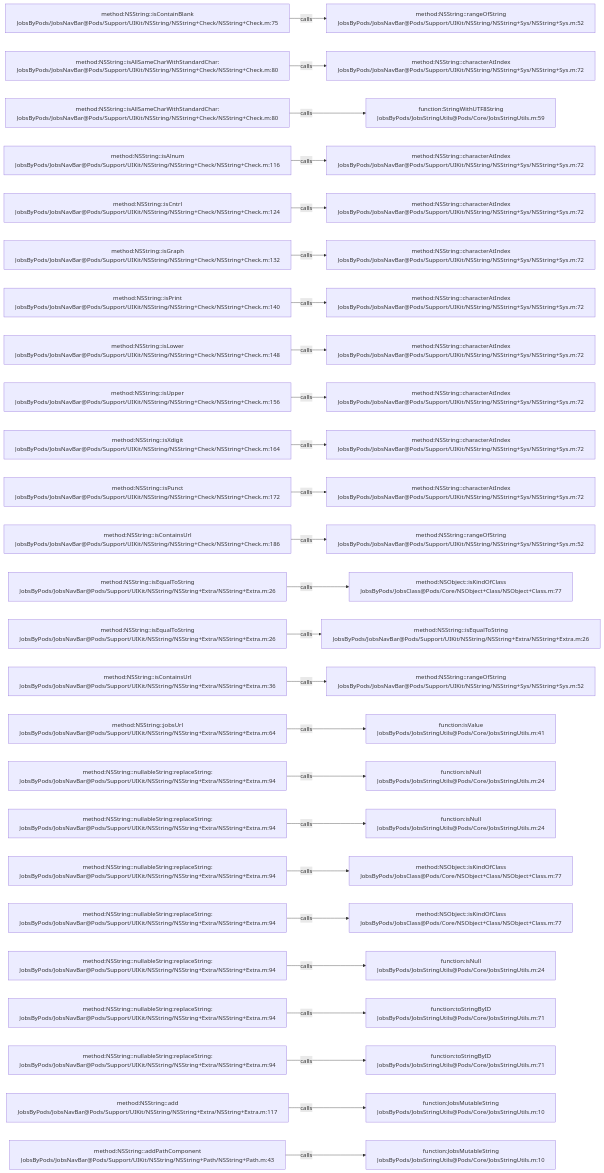
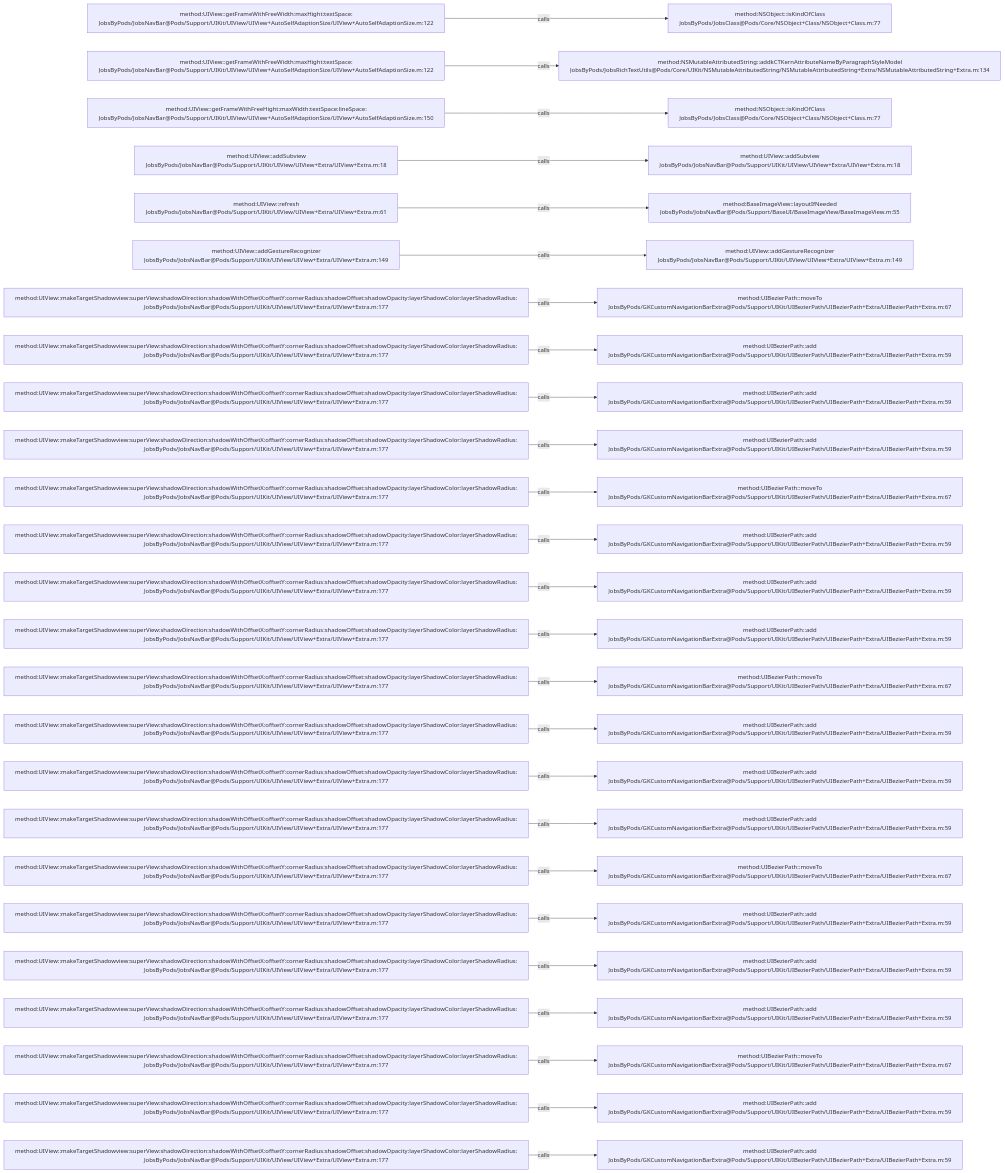
The diagram in .codegraph/codegraph.md/graphs/calls-119.md (JobsKits/JobsOCBaseConfigDemo), drawn with Mermaid before and after one commit. The commit also changed 639 other files, not shown here.

````diff
--- a/.codegraph/codegraph.md/graphs/calls-119.md
+++ b/.codegraph/codegraph.md/graphs/calls-119.md
@@ -13,78 +13,78 @@
 ```mermaid
 flowchart LR
-  S1["method:NSString::isContainBlank<br/>JobsByPods/JobsNavBar@Pods/Support/UIKit/NSString/NSString+Check/NSString+Check.m:75"]
-  T1["method:NSString::rangeOfString<br/>JobsByPods/JobsNavBar@Pods/Support/UIKit/NSString/NSString+Sys/NSString+Sys.m:52"]
+  S1["method:UIView::getFrameWithFreeWidth:maxHight:textSpace:<br/>JobsByPods/JobsNavBar@Pods/Support/UIKit/UIView/UIView+AutoSelfAdaptionSize/UIView+AutoSelfAdaptionSize.m:122"]
+  T1["method:NSObject::isKindOfClass<br/>JobsByPods/JobsClass@Pods/Core/NSObject+Class/NSObject+Class.m:77"]
   S1 -->|calls| T1
-  S2["method:NSString::isAllSameCharWithStandardChar:<br/>JobsByPods/JobsNavBar@Pods/Support/UIKit/NSString/NSString+Check/NSString+Check.m:80"]
-  T2["method:NSString::characterAtIndex<br/>JobsByPods/JobsNavBar@Pods/Support/UIKit/NSString/NSString+Sys/NSString+Sys.m:72"]
+  S2["method:UIView::getFrameWithFreeWidth:maxHight:textSpace:<br/>JobsByPods/JobsNavBar@Pods/Support/UIKit/UIView/UIView+AutoSelfAdaptionSize/UIView+AutoSelfAdaptionSize.m:122"]
+  T2["method:NSMutableAttributedString::addkCTKernAttributeNameByParagraphStyleModel<br/>JobsByPods/JobsRichTextUtils@Pods/Core/UIKit/NSMutableAttributedString/NSMutableAttributedString+Extra/NSMutableAttributedString+Extra.m:134"]
   S2 -->|calls| T2
-  S3["method:NSString::isAllSameCharWithStandardChar:<br/>JobsByPods/JobsNavBar@Pods/Support/UIKit/NSString/NSString+Check/NSString+Check.m:80"]
-  T3["function:StringWithUTF8String<br/>JobsByPods/JobsStringUtils@Pods/Core/JobsStringUtils.m:59"]
+  S3["method:UIView::getFrameWithFreeHight:maxWidth:textSpace:lineSpace:<br/>JobsByPods/JobsNavBar@Pods/Support/UIKit/UIView/UIView+AutoSelfAdaptionSize/UIView+AutoSelfAdaptionSize.m:150"]
+  T3["method:NSObject::isKindOfClass<br/>JobsByPods/JobsClass@Pods/Core/NSObject+Class/NSObject+Class.m:77"]
   S3 -->|calls| T3
-  S4["method:NSString::isAlnum<br/>JobsByPods/JobsNavBar@Pods/Support/UIKit/NSString/NSString+Check/NSString+Check.m:116"]
-  T4["method:NSString::characterAtIndex<br/>JobsByPods/JobsNavBar@Pods/Support/UIKit/NSString/NSString+Sys/NSString+Sys.m:72"]
+  S4["method:UIView::addSubview<br/>JobsByPods/JobsNavBar@Pods/Support/UIKit/UIView/UIView+Extra/UIView+Extra.m:18"]
+  T4["method:UIView::addSubview<br/>JobsByPods/JobsNavBar@Pods/Support/UIKit/UIView/UIView+Extra/UIView+Extra.m:18"]
   S4 -->|calls| T4
-  S5["method:NSString::isCntrl<br/>JobsByPods/JobsNavBar@Pods/Support/UIKit/NSString/NSString+Check/NSString+Check.m:124"]
-  T5["method:NSString::characterAtIndex<br/>JobsByPods/JobsNavBar@Pods/Support/UIKit/NSString/NSString+Sys/NSString+Sys.m:72"]
+  S5["method:UIView::refresh<br/>JobsByPods/JobsNavBar@Pods/Support/UIKit/UIView/UIView+Extra/UIView+Extra.m:61"]
+  T5["method:BaseImageView::layoutIfNeeded<br/>JobsByPods/JobsNavBar@Pods/Support/BaseUI/BaseImageView/BaseImageView.m:55"]
   S5 -->|calls| T5
-  S6["method:NSString::isGraph<br/>JobsByPods/JobsNavBar@Pods/Support/UIKit/NSString/NSString+Check/NSString+Check.m:132"]
-  T6["method:NSString::characterAtIndex<br/>JobsByPods/JobsNavBar@Pods/Support/UIKit/NSString/NSString+Sys/NSString+Sys.m:72"]
+  S6["method:UIView::addGestureRecognizer<br/>JobsByPods/JobsNavBar@Pods/Support/UIKit/UIView/UIView+Extra/UIView+Extra.m:149"]
+  T6["method:UIView::addGestureRecognizer<br/>JobsByPods/JobsNavBar@Pods/Support/UIKit/UIView/UIView+Extra/UIView+Extra.m:149"]
   S6 -->|calls| T6
-  S7["method:NSString::isPrint<br/>JobsByPods/JobsNavBar@Pods/Support/UIKit/NSString/NSString+Check/NSString+Check.m:140"]
-  T7["method:NSString::characterAtIndex<br/>JobsByPods/JobsNavBar@Pods/Support/UIKit/NSString/NSString+Sys/NSString+Sys.m:72"]
+  S7["method:UIView::makeTargetShadowview:superView:shadowDirection:shadowWithOffsetX:offsetY:cornerRadius:shadowOffset:shadowOpacity:layerShadowColor:layerShadowRadius:<br/>JobsByPods/JobsNavBar@Pods/Support/UIKit/UIView/UIView+Extra/UIView+Extra.m:177"]
+  T7["method:UIBezierPath::moveTo<br/>JobsByPods/GKCustomNavigationBarExtra@Pods/Support/UIKit/UIBezierPath/UIBezierPath+Extra/UIBezierPath+Extra.m:67"]
   S7 -->|calls| T7
-  S8["method:NSString::isLower<br/>JobsByPods/JobsNavBar@Pods/Support/UIKit/NSString/NSString+Check/NSString+Check.m:148"]
-  T8["method:NSString::characterAtIndex<br/>JobsByPods/JobsNavBar@Pods/Support/UIKit/NSString/NSString+Sys/NSString+Sys.m:72"]
+  S8["method:UIView::makeTargetShadowview:superView:shadowDirection:shadowWithOffsetX:offsetY:cornerRadius:shadowOffset:shadowOpacity:layerShadowColor:layerShadowRadius:<br/>JobsByPods/JobsNavBar@Pods/Support/UIKit/UIView/UIView+Extra/UIView+Extra.m:177"]
+  T8["method:UIBezierPath::add<br/>JobsByPods/GKCustomNavigationBarExtra@Pods/Support/UIKit/UIBezierPath/UIBezierPath+Extra/UIBezierPath+Extra.m:59"]
   S8 -->|calls| T8
-  S9["method:NSString::isUpper<br/>JobsByPods/JobsNavBar@Pods/Support/UIKit/NSString/NSString+Check/NSString+Check.m:156"]
-  T9["method:NSString::characterAtIndex<br/>JobsByPods/JobsNavBar@Pods/Support/UIKit/NSString/NSString+Sys/NSString+Sys.m:72"]
+  S9["method:UIView::makeTargetShadowview:superView:shadowDirection:shadowWithOffsetX:offsetY:cornerRadius:shadowOffset:shadowOpacity:layerShadowColor:layerShadowRadius:<br/>JobsByPods/JobsNavBar@Pods/Support/UIKit/UIView/UIView+Extra/UIView+Extra.m:177"]
+  T9["method:UIBezierPath::add<br/>JobsByPods/GKCustomNavigationBarExtra@Pods/Support/UIKit/UIBezierPath/UIBezierPath+Extra/UIBezierPath+Extra.m:59"]
   S9 -->|calls| T9
-  S10["method:NSString::isXdigit<br/>JobsByPods/JobsNavBar@Pods/Support/UIKit/NSString/NSString+Check/NSString+Check.m:164"]
-  T10["method:NSString::characterAtIndex<br/>JobsByPods/JobsNavBar@Pods/Support/UIKit/NSString/NSString+Sys/NSString+Sys.m:72"]
+  S10["method:UIView::makeTargetShadowview:superView:shadowDirection:shadowWithOffsetX:offsetY:cornerRadius:shadowOffset:shadowOpacity:layerShadowColor:layerShadowRadius:<br/>JobsByPods/JobsNavBar@Pods/Support/UIKit/UIView/UIView+Extra/UIView+Extra.m:177"]
+  T10["method:UIBezierPath::add<br/>JobsByPods/GKCustomNavigationBarExtra@Pods/Support/UIKit/UIBezierPath/UIBezierPath+Extra/UIBezierPath+Extra.m:59"]
   S10 -->|calls| T10
-  S11["method:NSString::isPunct<br/>JobsByPods/JobsNavBar@Pods/Support/UIKit/NSString/NSString+Check/NSString+Check.m:172"]
-  T11["method:NSString::characterAtIndex<br/>JobsByPods/JobsNavBar@Pods/Support/UIKit/NSString/NSString+Sys/NSString+Sys.m:72"]
+  S11["method:UIView::makeTargetShadowview:superView:shadowDirection:shadowWithOffsetX:offsetY:cornerRadius:shadowOffset:shadowOpacity:layerShadowColor:layerShadowRadius:<br/>JobsByPods/JobsNavBar@Pods/Support/UIKit/UIView/UIView+Extra/UIView+Extra.m:177"]
+  T11["method:UIBezierPath::moveTo<br/>JobsByPods/GKCustomNavigationBarExtra@Pods/Support/UIKit/UIBezierPath/UIBezierPath+Extra/UIBezierPath+Extra.m:67"]
   S11 -->|calls| T11
-  S12["method:NSString::isContainsUrl<br/>JobsByPods/JobsNavBar@Pods/Support/UIKit/NSString/NSString+Check/NSString+Check.m:186"]
-  T12["method:NSString::rangeOfString<br/>JobsByPods/JobsNavBar@Pods/Support/UIKit/NSString/NSString+Sys/NSString+Sys.m:52"]
+  S12["method:UIView::makeTargetShadowview:superView:shadowDirection:shadowWithOffsetX:offsetY:cornerRadius:shadowOffset:shadowOpacity:layerShadowColor:layerShadowRadius:<br/>JobsByPods/JobsNavBar@Pods/Support/UIKit/UIView/UIView+Extra/UIView+Extra.m:177"]
+  T12["method:UIBezierPath::add<br/>JobsByPods/GKCustomNavigationBarExtra@Pods/Support/UIKit/UIBezierPath/UIBezierPath+Extra/UIBezierPath+Extra.m:59"]
   S12 -->|calls| T12
-  S13["method:NSString::isEqualToString<br/>JobsByPods/JobsNavBar@Pods/Support/UIKit/NSString/NSString+Extra/NSString+Extra.m:26"]
-  T13["method:NSObject::isKindOfClass<br/>JobsByPods/JobsClass@Pods/Core/NSObject+Class/NSObject+Class.m:77"]
+  S13["method:UIView::makeTargetShadowview:superView:shadowDirection:shadowWithOffsetX:offsetY:cornerRadius:shadowOffset:shadowOpacity:layerShadowColor:layerShadowRadius:<br/>JobsByPods/JobsNavBar@Pods/Support/UIKit/UIView/UIView+Extra/UIView+Extra.m:177"]
+  T13["method:UIBezierPath::add<br/>JobsByPods/GKCustomNavigationBarExtra@Pods/Support/UIKit/UIBezierPath/UIBezierPath+Extra/UIBezierPath+Extra.m:59"]
   S13 -->|calls| T13
-  S14["method:NSString::isEqualToString<br/>JobsByPods/JobsNavBar@Pods/Support/UIKit/NSString/NSString+Extra/NSString+Extra.m:26"]
-  T14["method:NSString::isEqualToString<br/>JobsByPods/JobsNavBar@Pods/Support/UIKit/NSString/NSString+Extra/NSString+Extra.m:26"]
+  S14["method:UIView::makeTargetShadowview:superView:shadowDirection:shadowWithOffsetX:offsetY:cornerRadius:shadowOffset:shadowOpacity:layerShadowColor:layerShadowRadius:<br/>JobsByPods/JobsNavBar@Pods/Support/UIKit/UIView/UIView+Extra/UIView+Extra.m:177"]
+  T14["method:UIBezierPath::add<br/>JobsByPods/GKCustomNavigationBarExtra@Pods/Support/UIKit/UIBezierPath/UIBezierPath+Extra/UIBezierPath+Extra.m:59"]
   S14 -->|calls| T14
-  S15["method:NSString::isContainsUrl<br/>JobsByPods/JobsNavBar@Pods/Support/UIKit/NSString/NSString+Extra/NSString+Extra.m:36"]
-  T15["method:NSString::rangeOfString<br/>JobsByPods/JobsNavBar@Pods/Support/UIKit/NSString/NSString+Sys/NSString+Sys.m:52"]
+  S15["method:UIView::makeTargetShadowview:superView:shadowDirection:shadowWithOffsetX:offsetY:cornerRadius:shadowOffset:shadowOpacity:layerShadowColor:layerShadowRadius:<br/>JobsByPods/JobsNavBar@Pods/Support/UIKit/UIView/UIView+Extra/UIView+Extra.m:177"]
+  T15["method:UIBezierPath::moveTo<br/>JobsByPods/GKCustomNavigationBarExtra@Pods/Support/UIKit/UIBezierPath/UIBezierPath+Extra/UIBezierPath+Extra.m:67"]
   S15 -->|calls| T15
-  S16["method:NSString::jobsUrl<br/>JobsByPods/JobsNavBar@Pods/Support/UIKit/NSString/NSString+Extra/NSString+Extra.m:64"]
-  T16["function:isValue<br/>JobsByPods/JobsStringUtils@Pods/Core/JobsStringUtils.m:41"]
+  S16["method:UIView::makeTargetShadowview:superView:shadowDirection:shadowWithOffsetX:offsetY:cornerRadius:shadowOffset:shadowOpacity:layerShadowColor:layerShadowRadius:<br/>JobsByPods/JobsNavBar@Pods/Support/UIKit/UIView/UIView+Extra/UIView+Extra.m:177"]
+  T16["method:UIBezierPath::add<br/>JobsByPods/GKCustomNavigationBarExtra@Pods/Support/UIKit/UIBezierPath/UIBezierPath+Extra/UIBezierPath+Extra.m:59"]
   S16 -->|calls| T16
-  S17["method:NSString::nullableString:replaceString:<br/>JobsByPods/JobsNavBar@Pods/Support/UIKit/NSString/NSString+Extra/NSString+Extra.m:94"]
-  T17["function:isNull<br/>JobsByPods/JobsStringUtils@Pods/Core/JobsStringUtils.m:24"]
+  S17["method:UIView::makeTargetShadowview:superView:shadowDirection:shadowWithOffsetX:offsetY:cornerRadius:shadowOffset:shadowOpacity:layerShadowColor:layerShadowRadius:<br/>JobsByPods/JobsNavBar@Pods/Support/UIKit/UIView/UIView+Extra/UIView+Extra.m:177"]
+  T17["method:UIBezierPath::add<br/>JobsByPods/GKCustomNavigationBarExtra@Pods/Support/UIKit/UIBezierPath/UIBezierPath+Extra/UIBezierPath+Extra.m:59"]
   S17 -->|calls| T17
-  S18["method:NSString::nullableString:replaceString:<br/>JobsByPods/JobsNavBar@Pods/Support/UIKit/NSString/NSString+Extra/NSString+Extra.m:94"]
-  T18["function:isNull<br/>JobsByPods/JobsStringUtils@Pods/Core/JobsStringUtils.m:24"]
+  S18["method:UIView::makeTargetShadowview:superView:shadowDirection:shadowWithOffsetX:offsetY:cornerRadius:shadowOffset:shadowOpacity:layerShadowColor:layerShadowRadius:<br/>JobsByPods/JobsNavBar@Pods/Support/UIKit/UIView/UIView+Extra/UIView+Extra.m:177"]
+  T18["method:UIBezierPath::add<br/>JobsByPods/GKCustomNavigationBarExtra@Pods/Support/UIKit/UIBezierPath/UIBezierPath+Extra/UIBezierPath+Extra.m:59"]
   S18 -->|calls| T18
-  S19["method:NSString::nullableString:replaceString:<br/>JobsByPods/JobsNavBar@Pods/Support/UIKit/NSString/NSString+Extra/NSString+Extra.m:94"]
-  T19["method:NSObject::isKindOfClass<br/>JobsByPods/JobsClass@Pods/Core/NSObject+Class/NSObject+Class.m:77"]
+  S19["method:UIView::makeTargetShadowview:superView:shadowDirection:shadowWithOffsetX:offsetY:cornerRadius:shadowOffset:shadowOpacity:layerShadowColor:layerShadowRadius:<br/>JobsByPods/JobsNavBar@Pods/Support/UIKit/UIView/UIView+Extra/UIView+Extra.m:177"]
+  T19["method:UIBezierPath::moveTo<br/>JobsByPods/GKCustomNavigationBarExtra@Pods/Support/UIKit/UIBezierPath/UIBezierPath+Extra/UIBezierPath+Extra.m:67"]
   S19 -->|calls| T19
-  S20["method:NSString::nullableString:replaceString:<br/>JobsByPods/JobsNavBar@Pods/Support/UIKit/NSString/NSString+Extra/NSString+Extra.m:94"]
-  T20["method:NSObject::isKindOfClass<br/>JobsByPods/JobsClass@Pods/Core/NSObject+Class/NSObject+Class.m:77"]
+  S20["method:UIView::makeTargetShadowview:superView:shadowDirection:shadowWithOffsetX:offsetY:cornerRadius:shadowOffset:shadowOpacity:layerShadowColor:layerShadowRadius:<br/>JobsByPods/JobsNavBar@Pods/Support/UIKit/UIView/UIView+Extra/UIView+Extra.m:177"]
+  T20["method:UIBezierPath::add<br/>JobsByPods/GKCustomNavigationBarExtra@Pods/Support/UIKit/UIBezierPath/UIBezierPath+Extra/UIBezierPath+Extra.m:59"]
   S20 -->|calls| T20
-  S21["method:NSString::nullableString:replaceString:<br/>JobsByPods/JobsNavBar@Pods/Support/UIKit/NSString/NSString+Extra/NSString+Extra.m:94"]
-  T21["function:isNull<br/>JobsByPods/JobsStringUtils@Pods/Core/JobsStringUtils.m:24"]
+  S21["method:UIView::makeTargetShadowview:superView:shadowDirection:shadowWithOffsetX:offsetY:cornerRadius:shadowOffset:shadowOpacity:layerShadowColor:layerShadowRadius:<br/>JobsByPods/JobsNavBar@Pods/Support/UIKit/UIView/UIView+Extra/UIView+Extra.m:177"]
+  T21["method:UIBezierPath::add<br/>JobsByPods/GKCustomNavigationBarExtra@Pods/Support/UIKit/UIBezierPath/UIBezierPath+Extra/UIBezierPath+Extra.m:59"]
   S21 -->|calls| T21
-  S22["method:NSString::nullableString:replaceString:<br/>JobsByPods/JobsNavBar@Pods/Support/UIKit/NSString/NSString+Extra/NSString+Extra.m:94"]
-  T22["function:toStringByID<br/>JobsByPods/JobsStringUtils@Pods/Core/JobsStringUtils.m:71"]
+  S22["method:UIView::makeTargetShadowview:superView:shadowDirection:shadowWithOffsetX:offsetY:cornerRadius:shadowOffset:shadowOpacity:layerShadowColor:layerShadowRadius:<br/>JobsByPods/JobsNavBar@Pods/Support/UIKit/UIView/UIView+Extra/UIView+Extra.m:177"]
+  T22["method:UIBezierPath::add<br/>JobsByPods/GKCustomNavigationBarExtra@Pods/Support/UIKit/UIBezierPath/UIBezierPath+Extra/UIBezierPath+Extra.m:59"]
   S22 -->|calls| T22
-  S23["method:NSString::nullableString:replaceString:<br/>JobsByPods/JobsNavBar@Pods/Support/UIKit/NSString/NSString+Extra/NSString+Extra.m:94"]
-  T23["function:toStringByID<br/>JobsByPods/JobsStringUtils@Pods/Core/JobsStringUtils.m:71"]
+  S23["method:UIView::makeTargetShadowview:superView:shadowDirection:shadowWithOffsetX:offsetY:cornerRadius:shadowOffset:shadowOpacity:layerShadowColor:layerShadowRadius:<br/>JobsByPods/JobsNavBar@Pods/Support/UIKit/UIView/UIView+Extra/UIView+Extra.m:177"]
+  T23["method:UIBezierPath::moveTo<br/>JobsByPods/GKCustomNavigationBarExtra@Pods/Support/UIKit/UIBezierPath/UIBezierPath+Extra/UIBezierPath+Extra.m:67"]
   S23 -->|calls| T23
-  S24["method:NSString::add<br/>JobsByPods/JobsNavBar@Pods/Support/UIKit/NSString/NSString+Extra/NSString+Extra.m:117"]
-  T24["function:JobsMutableString<br/>JobsByPods/JobsStringUtils@Pods/Core/JobsStringUtils.m:10"]
+  S24["method:UIView::makeTargetShadowview:superView:shadowDirection:shadowWithOffsetX:offsetY:cornerRadius:shadowOffset:shadowOpacity:layerShadowColor:layerShadowRadius:<br/>JobsByPods/JobsNavBar@Pods/Support/UIKit/UIView/UIView+Extra/UIView+Extra.m:177"]
+  T24["method:UIBezierPath::add<br/>JobsByPods/GKCustomNavigationBarExtra@Pods/Support/UIKit/UIBezierPath/UIBezierPath+Extra/UIBezierPath+Extra.m:59"]
   S24 -->|calls| T24
-  S25["method:NSString::addPathComponent<br/>JobsByPods/JobsNavBar@Pods/Support/UIKit/NSString/NSString+Path/NSString+Path.m:43"]
-  T25["function:JobsMutableString<br/>JobsByPods/JobsStringUtils@Pods/Core/JobsStringUtils.m:10"]
+  S25["method:UIView::makeTargetShadowview:superView:shadowDirection:shadowWithOffsetX:offsetY:cornerRadius:shadowOffset:shadowOpacity:layerShadowColor:layerShadowRadius:<br/>JobsByPods/JobsNavBar@Pods/Support/UIKit/UIView/UIView+Extra/UIView+Extra.m:177"]
+  T25["method:UIBezierPath::add<br/>JobsByPods/GKCustomNavigationBarExtra@Pods/Support/UIKit/UIBezierPath/UIBezierPath+Extra/UIBezierPath+Extra.m:59"]
   S25 -->|calls| T25
 ```
````
